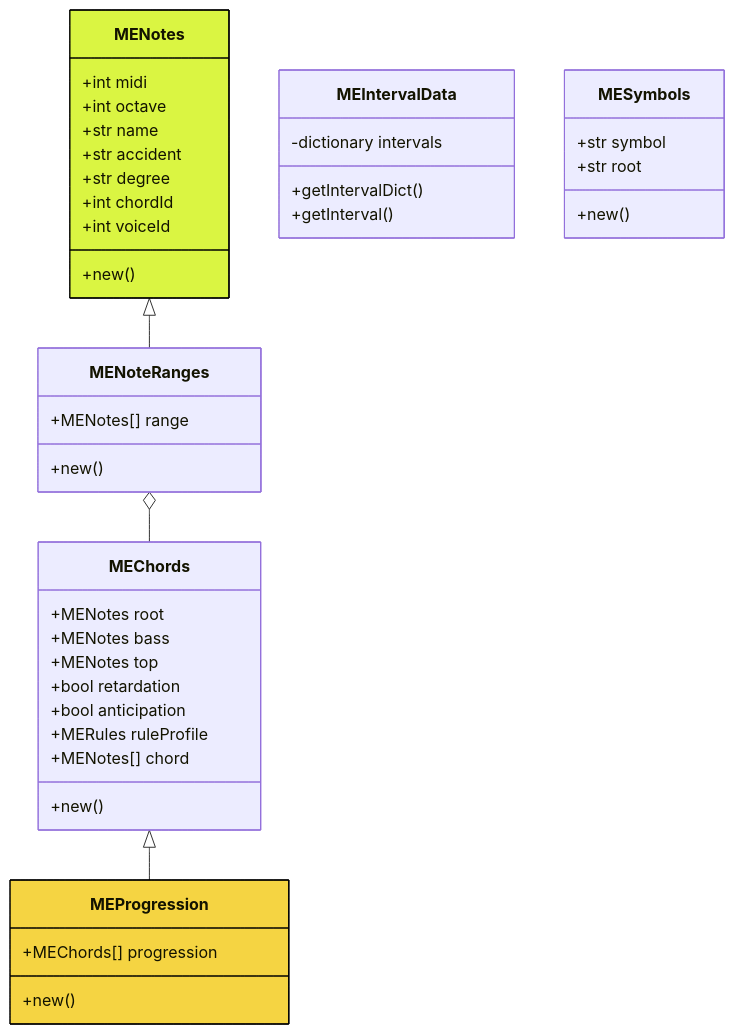
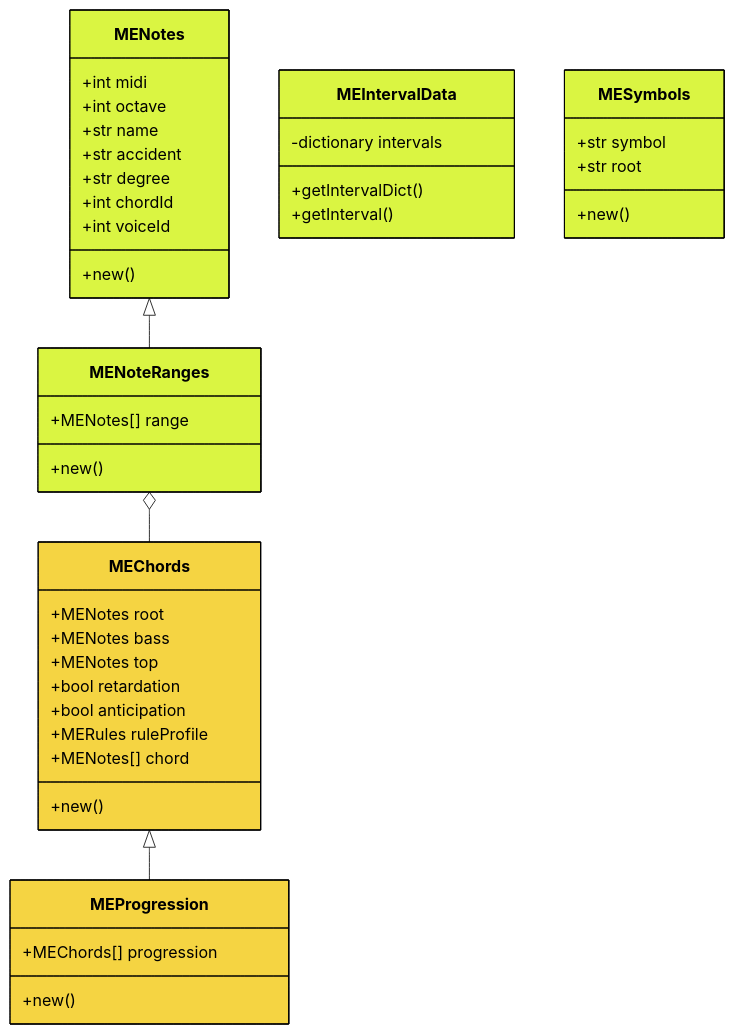
One commit to iamsiriil/sc_musicengine changed the diagram in README.md. Above: the diagram before and after it, drawn with Mermaid.

Commit message:
readme update

````diff
--- a/README.md
+++ b/README.md
@@ -11,52 +11,52 @@
 ```mermaid
 classDiagram
     MENotes <|-- MENoteRanges
     MENoteRanges o-- MEChords
     MEChords <|-- MEProgression
-    class MENotes {
+    class MENotes:::musicengine {
         +int midi
         +int octave
         +str name
         +str accident
         +str degree
         +int chordId
         +int voiceId
         +new()
     }
     %%style MENotes stroke:#42f5bf,fill:#e6fff8
 
-    class MENoteRanges {
+    class MENoteRanges:::musicengine {
         +MENotes[] range
         +new()
     }
 
-    class MEIntervalData {
+    class MEIntervalData:::musicengine {
         -dictionary intervals
         +getIntervalDict()
         +getInterval()
     }
 
-    class MESymbols {
+    class MESymbols:::musicengine {
         +str symbol
         +str root
         +new()
     }
 
-    class MEChords {
+    class MEChords:::harmonizer {
         +MENotes root
         +MENotes bass
         +MENotes top
         +bool retardation
         +bool anticipation
         +MERules ruleProfile
         +MENotes[] chord
         +new()
     }
 
-    class MEProgression {
+    class MEProgression:::harmonizer {
         +MEChords[] progression
         +new()
     }
-    style MENotes fill:#daf542,stroke:#000
-    style MEProgression fill:#f5d442,stroke:#000
+    classDef musicengine fill:#daf542,stroke:#000, color:#000
+    classDef harmonizer fill:#f5d442,stroke:#000, color:#000
 ```
````
